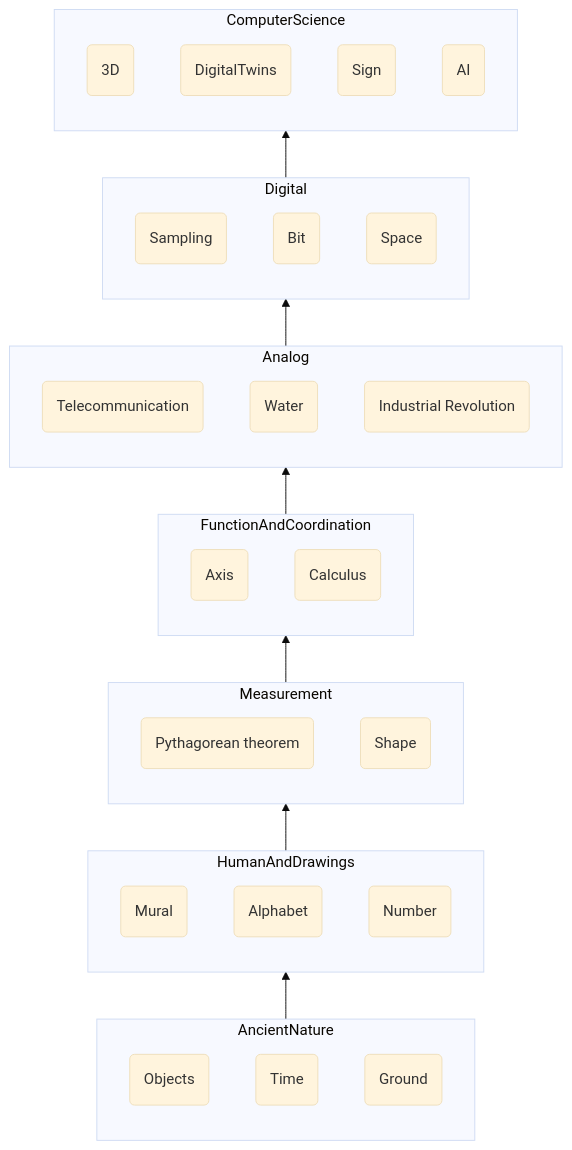
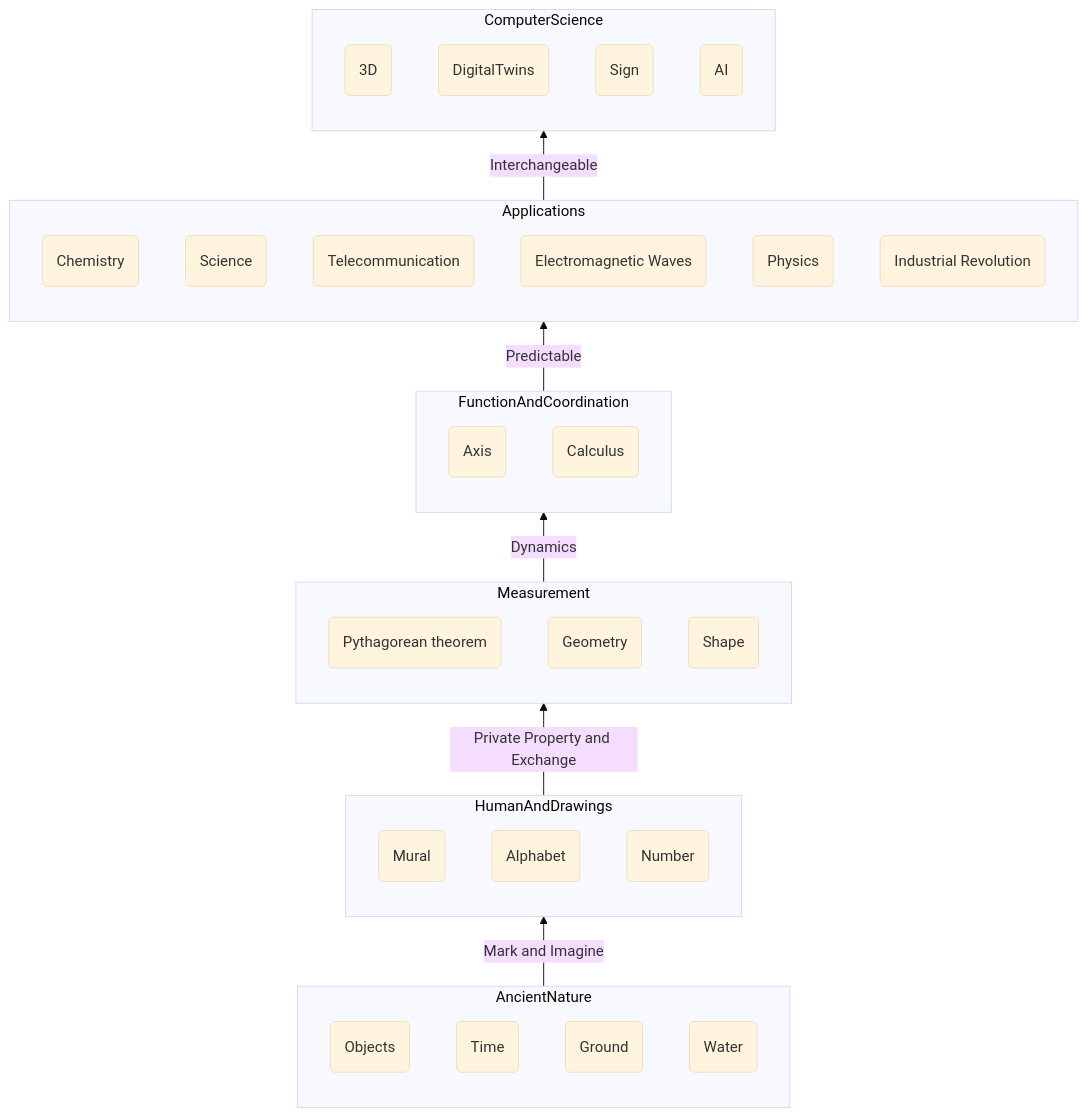
Before and after one commit to nihonXIM/mathematics: the diagram in README.md, drawn with Mermaid (base theme). The commit also changed other lines of this file and 2 other files, not shown here.

Commit message:
始め

````diff
--- a/README.md
+++ b/README.md
@@ -25,55 +30,52 @@
 ```mermaid
 
 flowchart BT
     subgraph ComputerScience
         3D(3D)
         Di(DigitalTwins)
         Si(Simulations)
         AI(AI)
     end
     
-    subgraph Digital
-        Sa(Sampling)
-        Bi(Bit)
-        Sp(Space)
-    end
-    
-    subgraph Analog
+    subgraph Applications
+        Ch(Chemistry)
+        Sc(Science)
         Te(Telecommunication)
-        Wa(Wave)
-        Id(Industrial Revolution)
+        Ew(Electromagnetic Waves)
+        Ps(Physics)
+        IR(Industrial Revolution)
     end
 
     subgraph FunctionAndCoordination
         AX(Axis)
         CA(Calculus)
     end
 
     subgraph Measurement
-        PT(Pythagorean theorem)
+        Pt(Pythagorean theorem)
+        He(Geometry)
         Sh(Shape)
     end
 
     subgraph HumanAndDrawings
         Mu(Mural)
         Si(Sign)
         Al(Alphabet)
         Nu(Number)
     end
 
     subgraph AncientNature
         Ob(Objects)
         Ti(Time)
         Gr(Ground)
         Wa(Water)
     end
 
-    AncientNature --> HumanAndDrawings
-    HumanAndDrawings --> Measurement
-    Measurement --> FunctionAndCoordination
-    FunctionAndCoordination --> Analog
-    Analog --> Digital
-    Digital --> ComputerScience
+    AncientNature --Mark and Imagine--> HumanAndDrawings
+    HumanAndDrawings --Private Property and Exchange--> Measurement
+    Measurement --Dynamics--> FunctionAndCoordination
+    FunctionAndCoordination --Predictable--> Applications
+    Applications --Interchangeable--> ComputerScience
 
 
 ```
````
